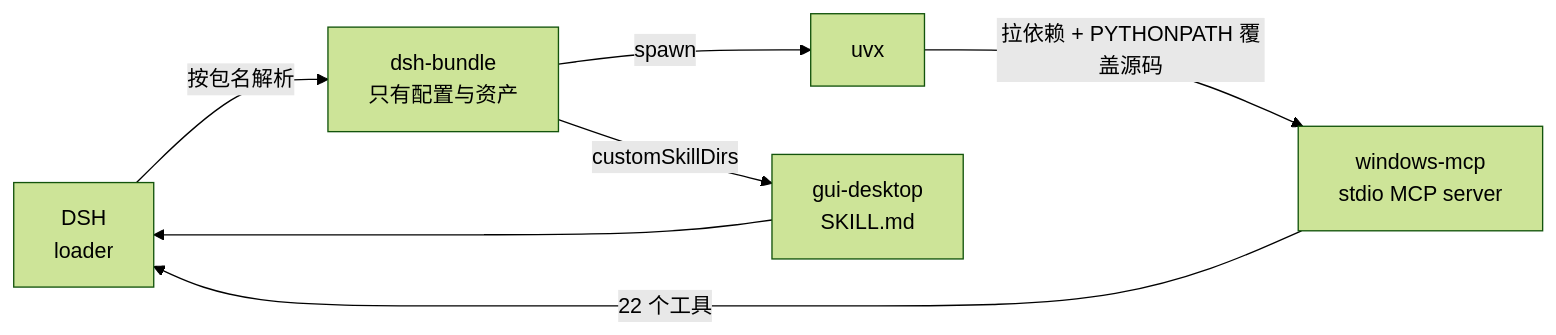
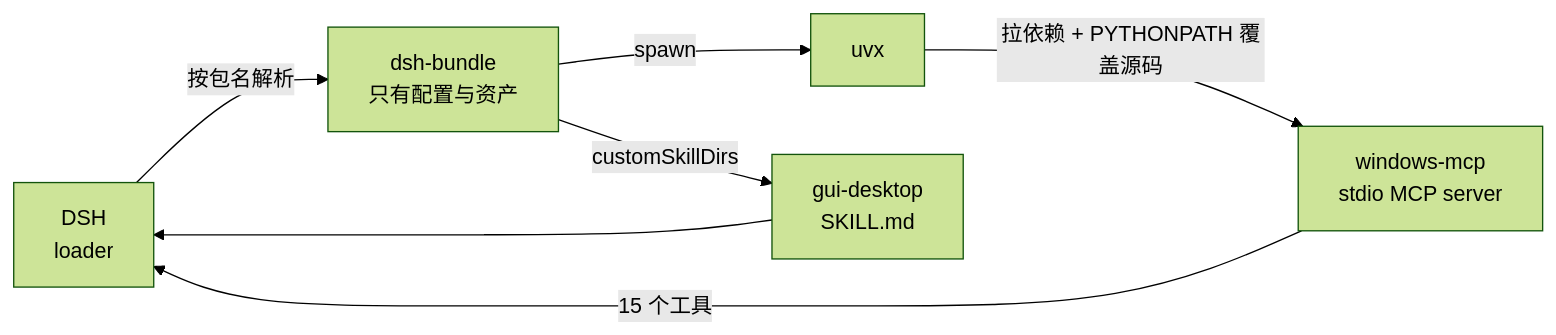
Before and after one commit to forkgo430/dsh-gui-forkgo: the diagram in README.md, drawn with Mermaid (forest theme). The commit also changed other lines of this file and 7 other files, not shown here.

````diff
--- a/README.md
+++ b/README.md
@@ -121,9 +127,9 @@
 ```mermaid
 flowchart LR
     A["DSH<br/>loader"] -->|按包名解析| B["dsh-bundle<br/>只有配置与资产"]
     B -->|spawn| C["uvx"]
     C -->|拉依赖 + PYTHONPATH 覆盖源码| D["windows-mcp<br/>stdio MCP server"]
-    D -->|22 个工具| A
+    D -->|15 个工具| A
     B -->|customSkillDirs| E["gui-desktop<br/>SKILL.md"]
     E --> A
 ```
````
